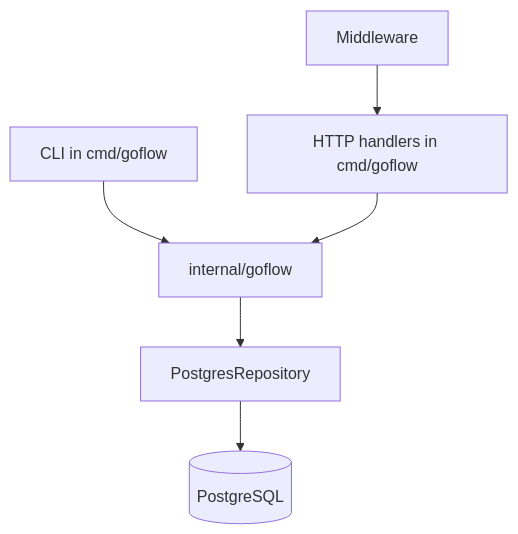
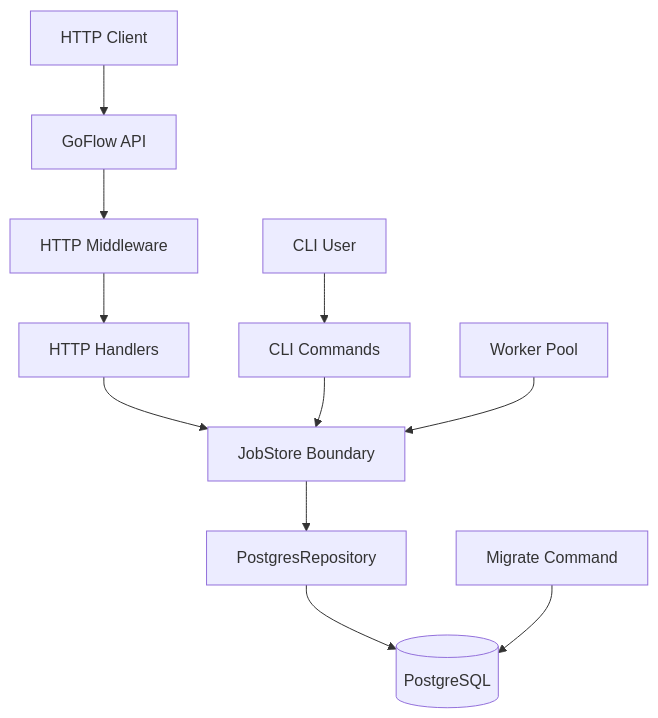
Before and after one commit to Kaushik-2005/GoFlow: the first of 20 diagrams in docs/design.md, drawn with Mermaid. The commit also changed other lines of this file, not shown here.

````diff
--- a/docs/design.md
+++ b/docs/design.md
@@ -28,8 +27,13 @@
 ```mermaid
 flowchart TD
-    CLI[CLI in cmd/goflow] --> Core[internal/goflow]
-    HTTP[HTTP handlers in cmd/goflow] --> Core
-    Middleware[Middleware] --> HTTP
-    Core --> Repo[PostgresRepository]
+    Client[HTTP Client] --> API[GoFlow API]
+    CLI[CLI User] --> Commands[CLI Commands]
+    API --> Middleware[HTTP Middleware]
+    Middleware --> Handlers[HTTP Handlers]
+    Handlers --> Store[JobStore Boundary]
+    Commands --> Store
+    Worker[Worker Pool] --> Store
+    Store --> Repo[PostgresRepository]
     Repo --> DB[(PostgreSQL)]
+    Migrate[Migrate Command] --> DB
 ```
````
